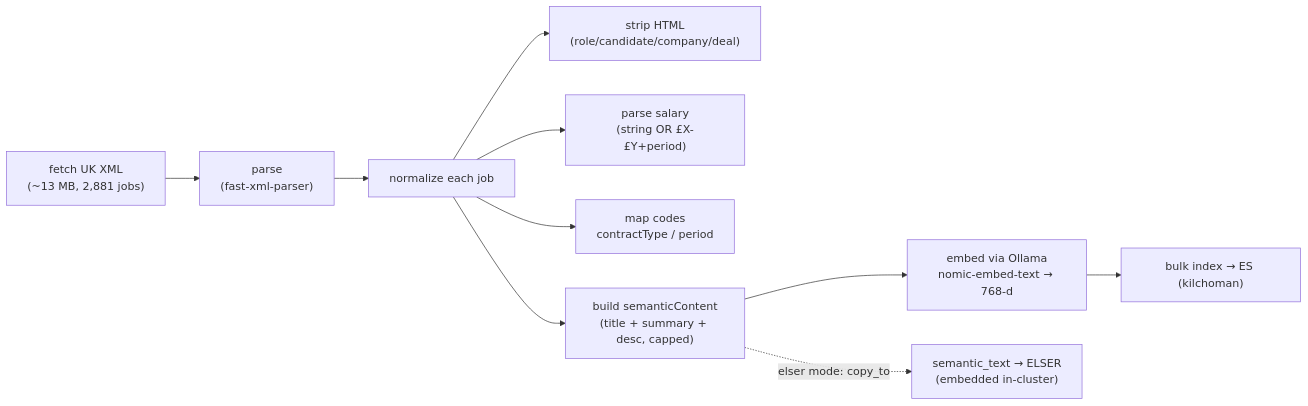
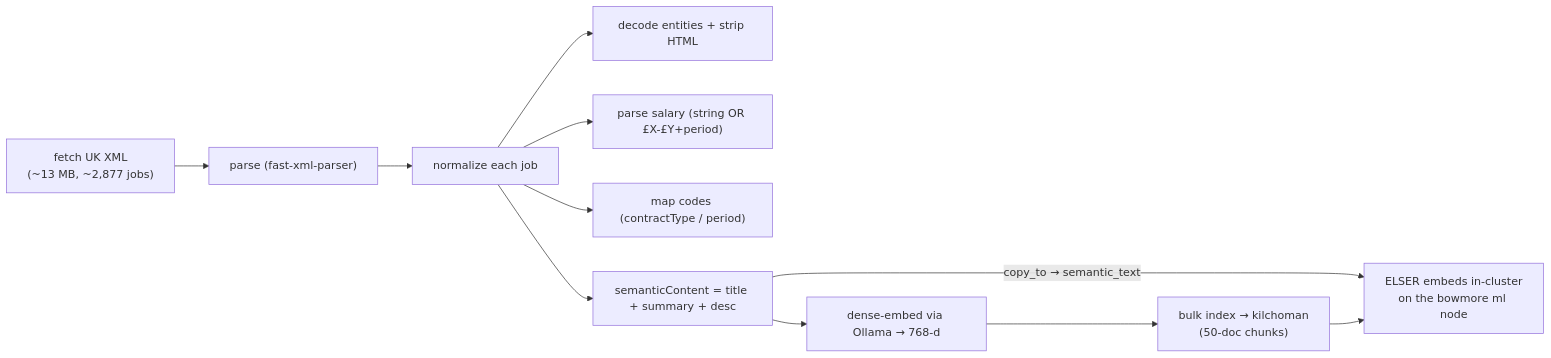
One commit to benoitquette/conversational-job-search-poc changed the third of 9 diagrams in ARCHITECTURE.md. Above: the diagram before and after it, drawn with Mermaid. The commit also changed other lines of this file and 3 other files, not shown here.

First line of the commit message:
docs: update for 2-node cluster, ELSER on bowmore, and recommendations

````diff
--- a/ARCHITECTURE.md
+++ b/ARCHITECTURE.md
@@ -61,12 +58,13 @@
 ```mermaid
 flowchart LR
-  A["fetch UK XML\n(~13 MB, 2,881 jobs)"] --> B["parse\n(fast-xml-parser)"]
+  A["fetch UK XML\n(~13 MB, ~2,877 jobs)"] --> B["parse (fast-xml-parser)"]
   B --> C["normalize each job"]
-  C --> C1["strip HTML\n(role/candidate/company/deal)"]
-  C --> C2["parse salary\n(string OR £X-£Y+period)"]
-  C --> C3["map codes\ncontractType / period"]
-  C --> D["build semanticContent\n(title + summary + desc, capped)"]
-  D --> E["embed via Ollama\nnomic-embed-text → 768-d"]
-  E --> F["bulk index → ES (kilchoman)"]
-  D -.->|elser mode: copy_to| G["semantic_text → ELSER\n(embedded in-cluster)"]
+  C --> C1["decode entities + strip HTML"]
+  C --> C2["parse salary (string OR £X-£Y+period)"]
+  C --> C3["map codes (contractType / period)"]
+  C --> D["semanticContent = title + summary + desc"]
+  D --> E["dense-embed via Ollama → 768-d"]
+  E --> F["bulk index → kilchoman\n(50-doc chunks)"]
+  D -->|copy_to → semantic_text| G["ELSER embeds in-cluster\non the bowmore ml node"]
+  F --> G
 ```
````
